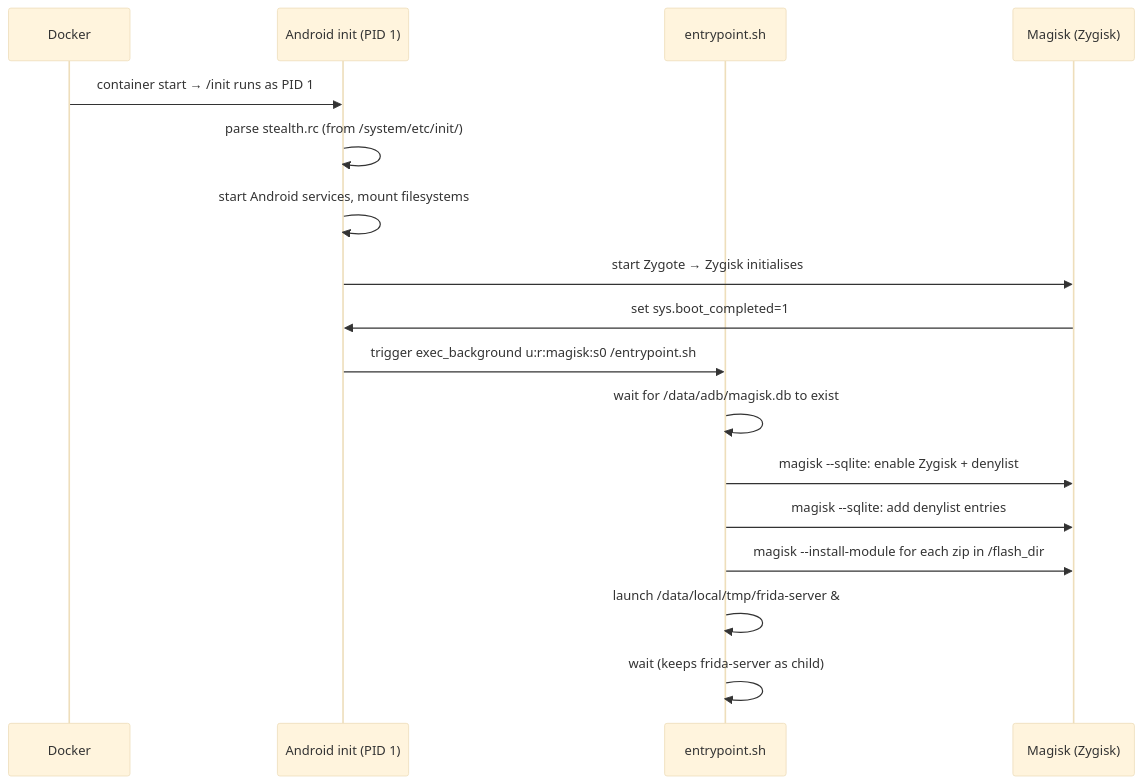
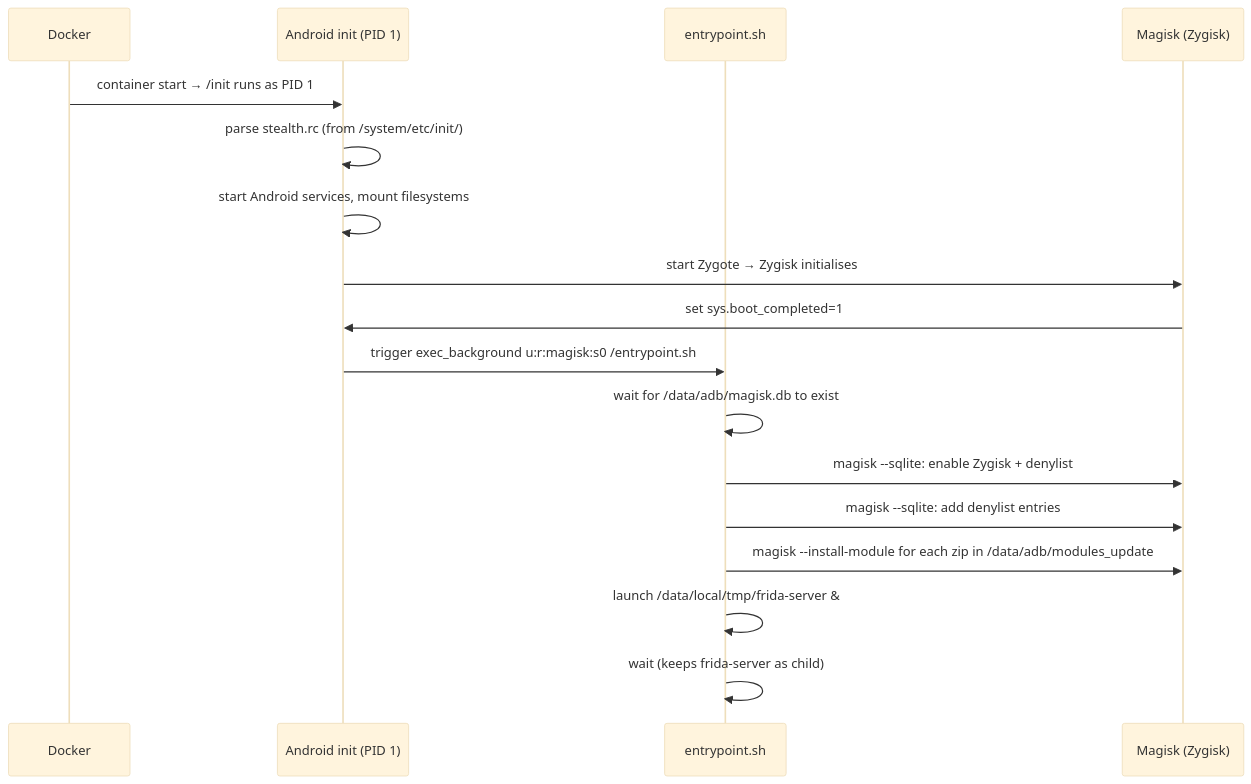
The diagram in docs/how-it-works/boot-flow.md (Xiddoc/Beetroot), drawn with Mermaid (base theme) before and after one commit. The commit also changed other lines of this file and 5 other files, not shown here.

First line of the commit message:
docs(t4): scrub /flash_dir references to /data/adb/modules_update

````diff
--- a/docs/how-it-works/boot-flow.md
+++ b/docs/how-it-works/boot-flow.md
@@ -25,20 +25,20 @@
 ```mermaid
 sequenceDiagram
     participant D as Docker
     participant I as Android init (PID 1)
     participant E as entrypoint.sh
     participant M as Magisk (Zygisk)
 
     D->>I: container start → /init runs as PID 1
     I->>I: parse stealth.rc (from /system/etc/init/)
     I->>I: start Android services, mount filesystems
     I->>M: start Zygote → Zygisk initialises
     M->>I: set sys.boot_completed=1
     I->>E: trigger exec_background u:r:magisk:s0 /entrypoint.sh
     E->>E: wait for /data/adb/magisk.db to exist
     E->>M: magisk --sqlite: enable Zygisk + denylist
     E->>M: magisk --sqlite: add denylist entries
-    E->>M: magisk --install-module for each zip in /flash_dir
+    E->>M: magisk --install-module for each zip in /data/adb/modules_update
     E->>E: launch /data/local/tmp/frida-server &
     E->>E: wait (keeps frida-server as child)
 ```
````
